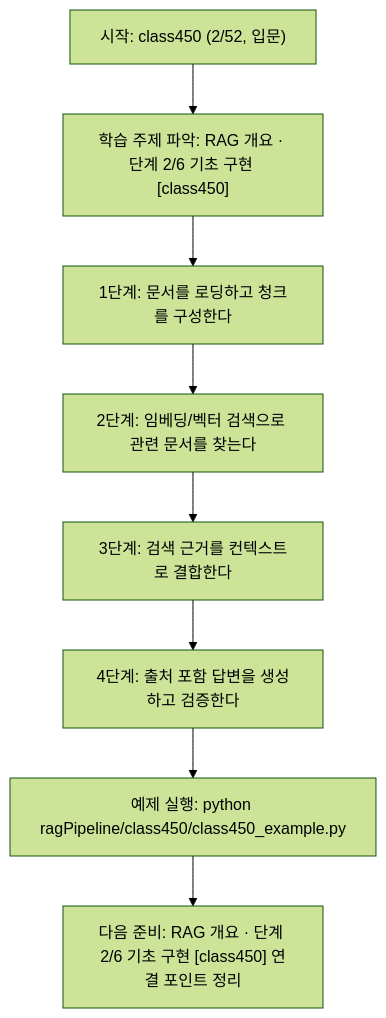
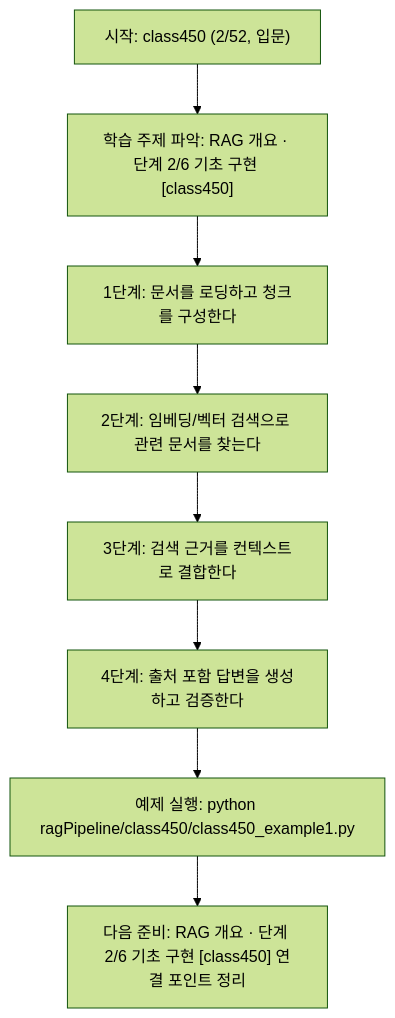
One commit to edumgt/Python-AI_Agent-Class changed the diagram in ragPipeline/class450/class450.md. Above: the diagram before and after it, drawn with Mermaid (forest theme). The commit also changed other lines of this file and 2959 other files, not shown here.

````diff
--- a/ragPipeline/class450/class450.md
+++ b/ragPipeline/class450/class450.md
@@ -110,18 +110,18 @@
 ```mermaid
 flowchart TD
 N1["시작: class450 (2/52, 입문)"]
 N2["학습 주제 파악: RAG 개요 · 단계 2/6 기초 구현 [class450]"]
 N3["1단계: 문서를 로딩하고 청크를 구성한다"]
 N4["2단계: 임베딩/벡터 검색으로 관련 문서를 찾는다"]
 N5["3단계: 검색 근거를 컨텍스트로 결합한다"]
 N6["4단계: 출처 포함 답변을 생성하고 검증한다"]
-N7["예제 실행: python ragPipeline/class450/class450_example.py"]
+N7["예제 실행: python ragPipeline/class450/class450_example1.py"]
 N8["다음 준비: RAG 개요 · 단계 2/6 기초 구현 [class450] 연결 포인트 정리"]
 N1 --> N2
 N2 --> N3
 N3 --> N4
 N4 --> N5
 N5 --> N6
 N6 --> N7
 N7 --> N8
 ```
````
